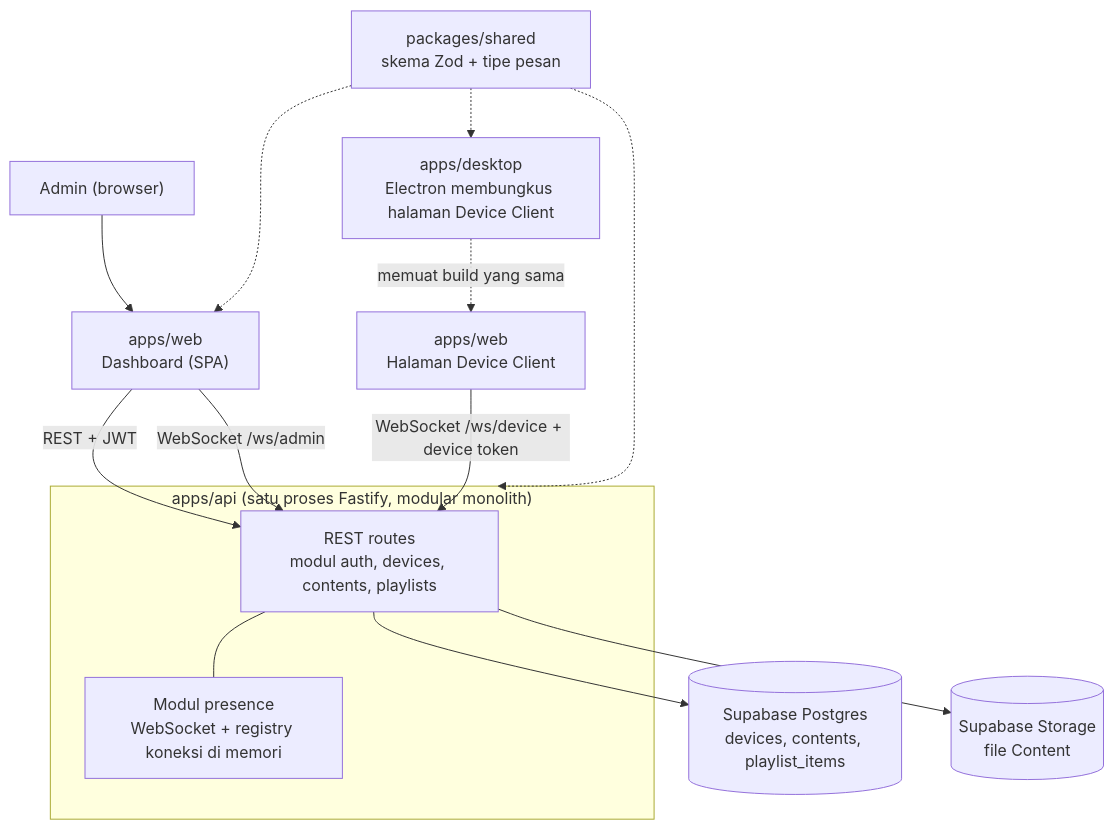
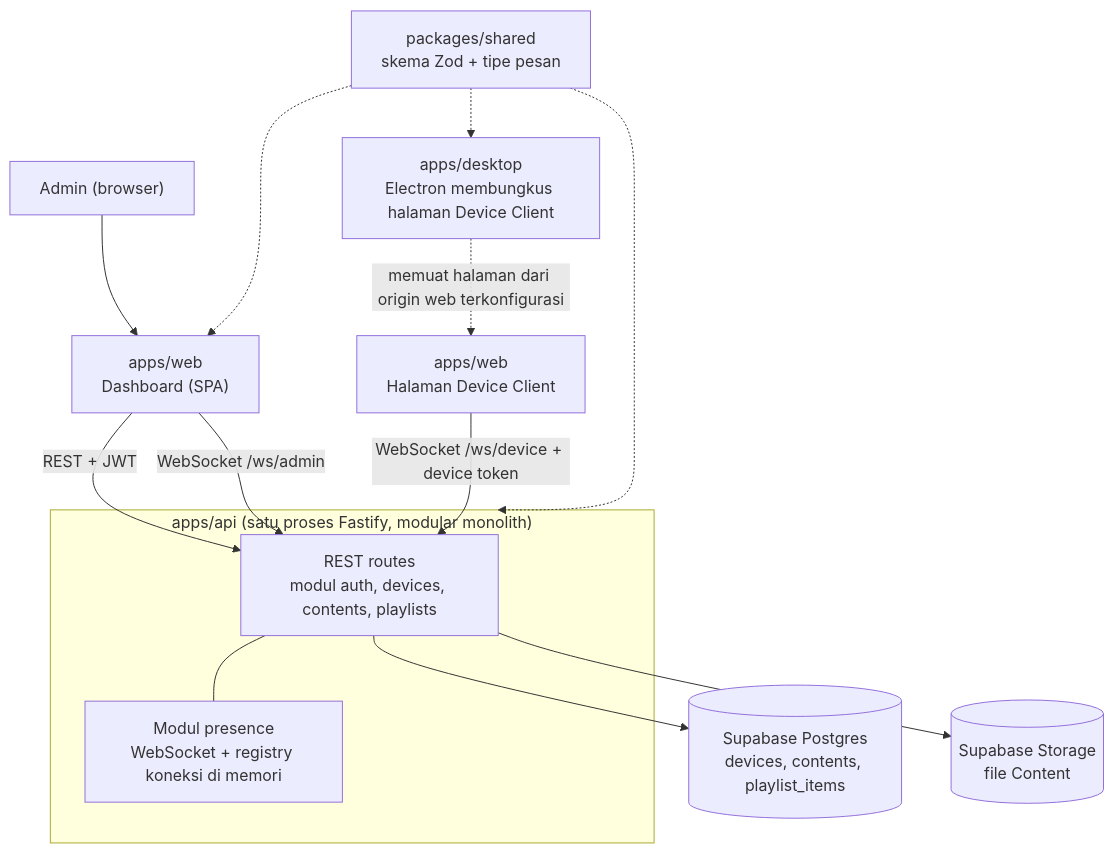
Before and after one commit to yudi249/signage-control-panel: the first of 4 diagrams in docs/architecture.md, drawn with Mermaid. The commit also changed other lines of this file and 15 other files, not shown here.

Commit message:
feat(desktop): device client Electron dan installer Windows

````diff
--- a/docs/architecture.md
+++ b/docs/architecture.md
@@ -31,22 +31,22 @@
 ```mermaid
 graph TD
     Admin["Admin (browser)"] --> Web["apps/web<br/>Dashboard (SPA)"]
     Web -- "REST + JWT" --> API
     Web -- "WebSocket /ws/admin" --> API
 
     DeviceWeb["apps/web<br/>Halaman Device Client"] -- "WebSocket /ws/device + device token" --> API
-    Desktop["apps/desktop<br/>Electron membungkus halaman Device Client"] -. "memuat build yang sama" .-> DeviceWeb
+    Desktop["apps/desktop<br/>Electron membungkus halaman Device Client"] -. "memuat halaman dari origin web terkonfigurasi" .-> DeviceWeb
 
     subgraph Server["apps/api (satu proses Fastify, modular monolith)"]
         API["REST routes<br/>modul auth, devices, contents, playlists"]
         Hub["Modul presence<br/>WebSocket + registry koneksi di memori"]
         API --- Hub
     end
 
     API --> PG[("Supabase Postgres<br/>devices, contents, playlist_items")]
     API --> Store[("Supabase Storage<br/>file Content")]
 
     Shared["packages/shared<br/>skema Zod + tipe pesan"] -.-> Web
     Shared -.-> Server
     Shared -.-> Desktop
 ```
````
